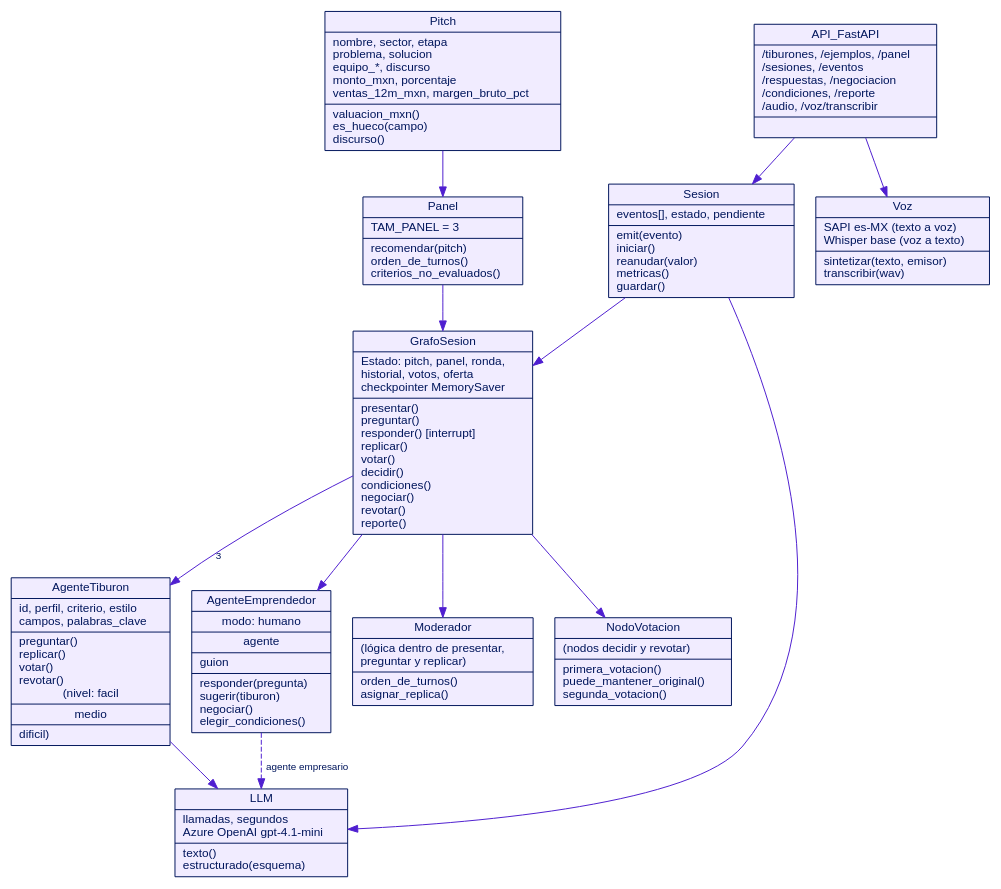
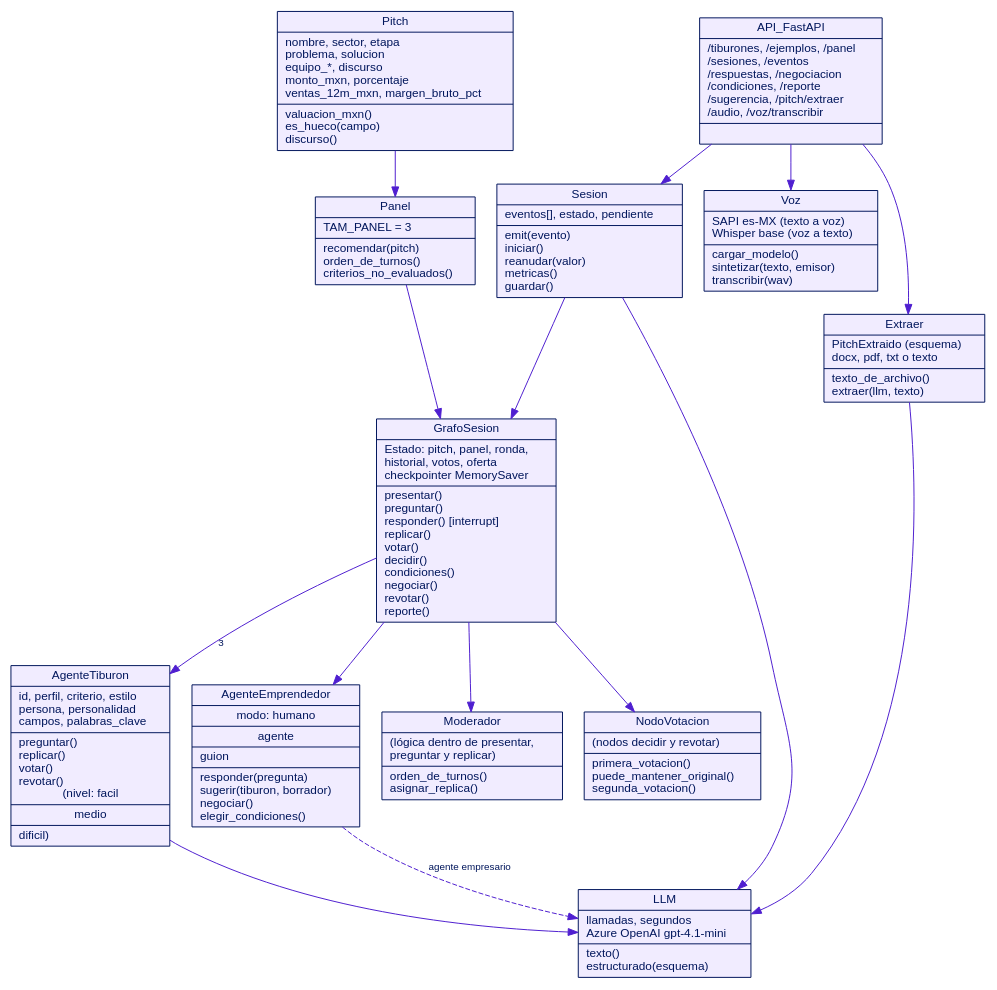
The diagram in docs/figuras/f05a_clases_servicio.dot (albertolopezb/NeuralHub), drawn with Graphviz before and after one commit. The commit also changed 39 other files, not shown here.

Commit message:
Corrige el audio cortado al responder, avisa mientras prepara la voz y alinea documento y diagramas con el sistema final

```diff
--- a/docs/figuras/f05a_clases_servicio.dot
+++ b/docs/figuras/f05a_clases_servicio.dot
@@ -1,15 +1,16 @@
 digraph G{ bgcolor=white; fontname="Helvetica"; node[fontname="Helvetica",fontsize=12,color="#00165C",fontcolor="#00165C",shape=record,style=filled]; edge[fontname="Helvetica",fontsize=10,color="#4F1FD0",fontcolor="#00165C"]; rankdir=TB; nodesep=.3; ranksep=.45;
 Pitch[fillcolor="#F1ECFF",label="{Pitch|nombre, sector, etapa\lproblema, solucion\lequipo_*, discurso\lmonto_mxn, porcentaje\lventas_12m_mxn, margen_bruto_pct\l|valuacion_mxn()\les_hueco(campo)\ldiscurso()\l}"];
 Panel[fillcolor="#F1ECFF",label="{Panel|TAM_PANEL = 3\l|recomendar(pitch)\lorden_de_turnos()\lcriterios_no_evaluados()\l}"];
-AgenteTiburon[fillcolor="#F1ECFF",label="{AgenteTiburon|id, perfil, criterio, estilo\lcampos, palabras_clave\l|preguntar()\lreplicar()\lvotar()\lrevotar()\l(nivel: facil|medio|dificil)\l}"];
-AgenteEmprendedor[fillcolor="#F1ECFF",label="{AgenteEmprendedor|modo: humano | agente | guion\l|responder(pregunta)\lsugerir(tiburon)\lnegociar()\lelegir_condiciones()\l}"];
+AgenteTiburon[fillcolor="#F1ECFF",label="{AgenteTiburon|id, perfil, criterio, estilo\lpersona, personalidad\lcampos, palabras_clave\l|preguntar()\lreplicar()\lvotar()\lrevotar()\l(nivel: facil|medio|dificil)\l}"];
+AgenteEmprendedor[fillcolor="#F1ECFF",label="{AgenteEmprendedor|modo: humano | agente | guion\l|responder(pregunta)\lsugerir(tiburon, borrador)\lnegociar()\lelegir_condiciones()\l}"];
 Moderador[fillcolor="#F1ECFF",label="{Moderador|(lógica dentro de presentar,\lpreguntar y replicar)\l|orden_de_turnos()\lasignar_replica()\l}"];
 NodoVotacion[fillcolor="#F1ECFF",label="{NodoVotacion|(nodos decidir y revotar)\l|primera_votacion()\lpuede_mantener_original()\lsegunda_votacion()\l}"];
 GrafoSesion[fillcolor="#F1ECFF",label="{GrafoSesion|Estado: pitch, panel, ronda,\lhistorial, votos, oferta\lcheckpointer MemorySaver\l|presentar()\lpreguntar()\lresponder() [interrupt]\lreplicar()\lvotar()\ldecidir()\lcondiciones()\lnegociar()\lrevotar()\lreporte()\l}"];
 LLM[fillcolor="#F1ECFF",label="{LLM|llamadas, segundos\lAzure OpenAI gpt-4.1-mini\l|texto()\lestructurado(esquema)\l}"];
 Sesion[fillcolor="#F1ECFF",label="{Sesion|eventos[], estado, pendiente\l|emit(evento)\liniciar()\lreanudar(valor)\lmetricas()\lguardar()\l}"];
-API_FastAPI[fillcolor="#F1ECFF",label="{API_FastAPI|/tiburones, /ejemplos, /panel\l/sesiones, /eventos\l/respuestas, /negociacion\l/condiciones, /reporte\l/audio, /voz/transcribir\l|}"];
-Voz[fillcolor="#F1ECFF",label="{Voz|SAPI es-MX (texto a voz)\lWhisper base (voz a texto)\l|sintetizar(texto, emisor)\ltranscribir(wav)\l}"];
+API_FastAPI[fillcolor="#F1ECFF",label="{API_FastAPI|/tiburones, /ejemplos, /panel\l/sesiones, /eventos\l/respuestas, /negociacion\l/condiciones, /reporte\l/sugerencia, /pitch/extraer\l/audio, /voz/transcribir\l|}"];
+Voz[fillcolor="#F1ECFF",label="{Voz|SAPI es-MX (texto a voz)\lWhisper base (voz a texto)\l|cargar_modelo()\lsintetizar(texto, emisor)\ltranscribir(wav)\l}"];
+Extraer[fillcolor="#F1ECFF",label="{Extraer|PitchExtraido (esquema)\ldocx, pdf, txt o texto\l|texto_de_archivo()\lextraer(llm, texto)\l}"];
 Pitch->Panel; Panel->GrafoSesion; GrafoSesion->AgenteTiburon[label="3"]; GrafoSesion->AgenteEmprendedor; GrafoSesion->Moderador; GrafoSesion->NodoVotacion;
-AgenteTiburon->LLM; AgenteEmprendedor->LLM[style=dashed,label="agente empresario"]; Sesion->GrafoSesion; Sesion->LLM; API_FastAPI->Sesion; API_FastAPI->Voz;
+AgenteTiburon->LLM; AgenteEmprendedor->LLM[style=dashed,label="agente empresario"]; Sesion->GrafoSesion; Sesion->LLM; API_FastAPI->Sesion; API_FastAPI->Voz; API_FastAPI->Extraer; Extraer->LLM;
 }
```
